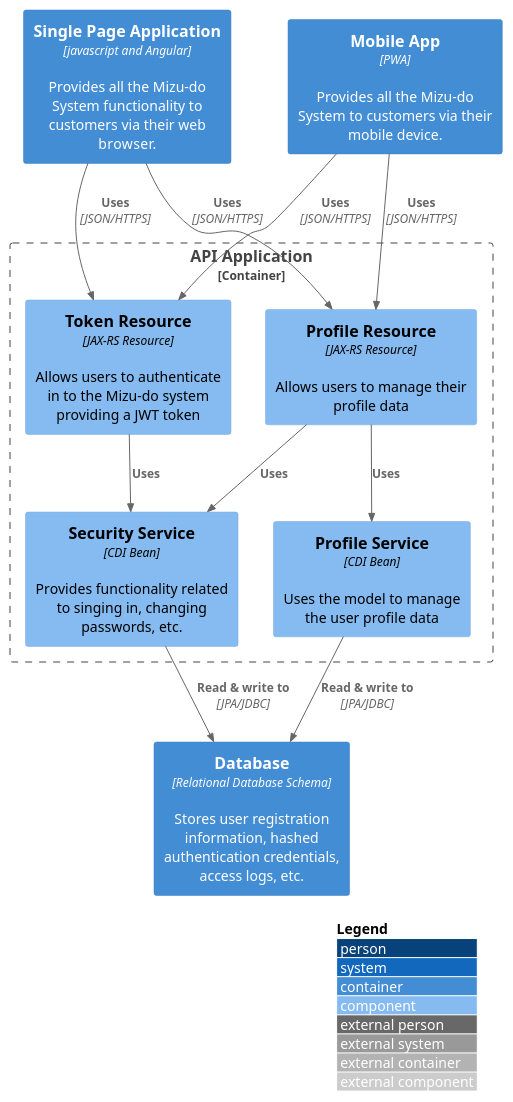
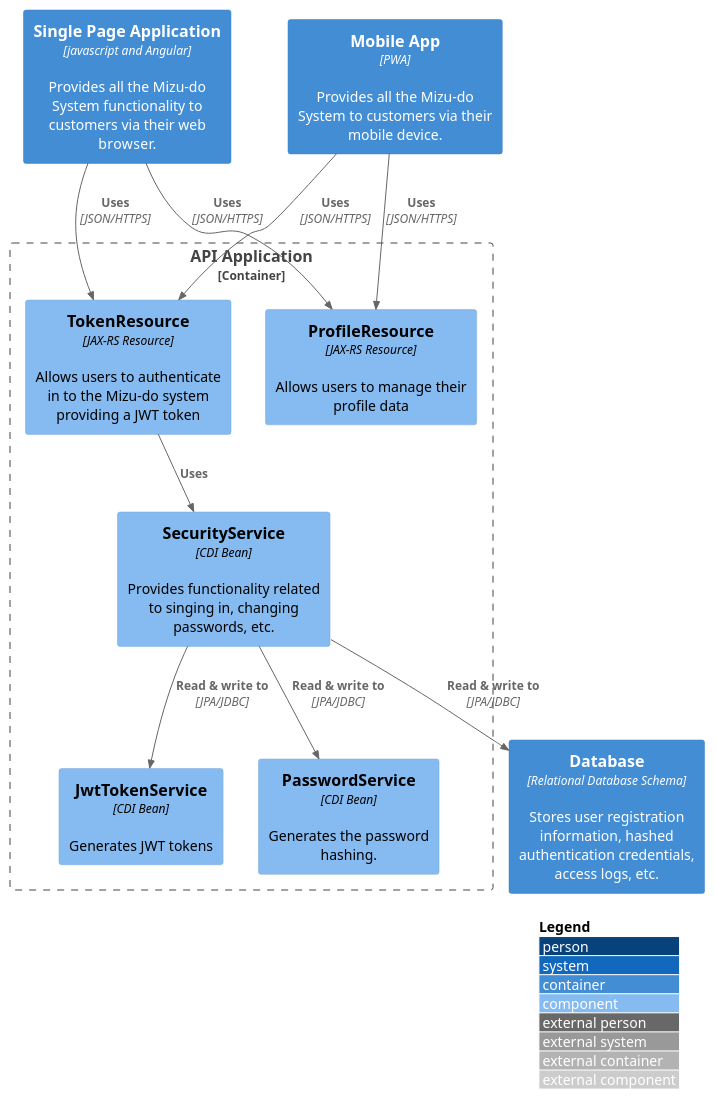
Before and after one commit to arrudalabs/mizudo-app: the diagram in documentation/src/1 Mizu-do System/API Application/container.puml, drawn with PlantUML. The commit also changed 3 other files, not shown here.

```diff
--- a/documentation/src/1 Mizu-do System/API Application/container.puml
+++ b/documentation/src/1 Mizu-do System/API Application/container.puml
@@ -1,29 +1,30 @@
 @startuml
 !include https://raw.githubusercontent.com/adrianvlupu/C4-PlantUML/latest/C4_Component.puml
 
 LAYOUT_WITH_LEGEND()
 
 Container(spa, "Single Page Application", "javascript and Angular", "Provides all the Mizu-do System functionality to customers via their web browser.")
 Container(ma, "Mobile App", "PWA", "Provides all the Mizu-do System to customers via their mobile device.")
 Container(db, "Database", "Relational Database Schema", "Stores user registration information, hashed authentication credentials, access logs, etc.")
 
 Container_Boundary(api, "API Application") {
-    Component(tokenResource, "Token Resource", "JAX-RS Resource", "Allows users to authenticate in to the Mizu-do system providing a JWT token")
-    Component(securityService, "Security Service", "CDI Bean", "Provides functionality related to singing in, changing passwords, etc.")
-    Component(profileResource, "Profile Resource", "JAX-RS Resource", "Allows users to manage their profile data")
-    Component(profileService, "Profile Service", "CDI Bean", "Uses the model to manage the user profile data")
+    Component(tokenResource, "TokenResource", "JAX-RS Resource", "Allows users to authenticate in to the Mizu-do system providing a JWT token")
+    Component(securityService, "SecurityService", "CDI Bean", "Provides functionality related to singing in, changing passwords, etc.")
+    Component(JwtTokenService, "JwtTokenService", "CDI Bean", "Generates JWT tokens")
+    Component(passwordService, "PasswordService", "CDI Bean", "Generates the password hashing.")
 
+    Component(profileResource, "ProfileResource", "JAX-RS Resource", "Allows users to manage their profile data")
+    
     Rel(tokenResource, securityService, "Uses")
-    Rel(profileResource, securityService, "Uses")
-    Rel(profileResource, profileService, "Uses")
-    Rel(profileService, db, "Read & write to", "JPA/JDBC")
     Rel(securityService, db, "Read & write to", "JPA/JDBC")
+    Rel(securityService, JwtTokenService, "Read & write to", "JPA/JDBC")
+    Rel(securityService, passwordService, "Read & write to", "JPA/JDBC")
 }
 
 Rel(spa, tokenResource, "Uses", "JSON/HTTPS")
 Rel(ma, tokenResource, "Uses", "JSON/HTTPS")
 
 Rel(spa, profileResource, "Uses", "JSON/HTTPS")
 Rel(ma, profileResource, "Uses", "JSON/HTTPS")
 
 @enduml
```
